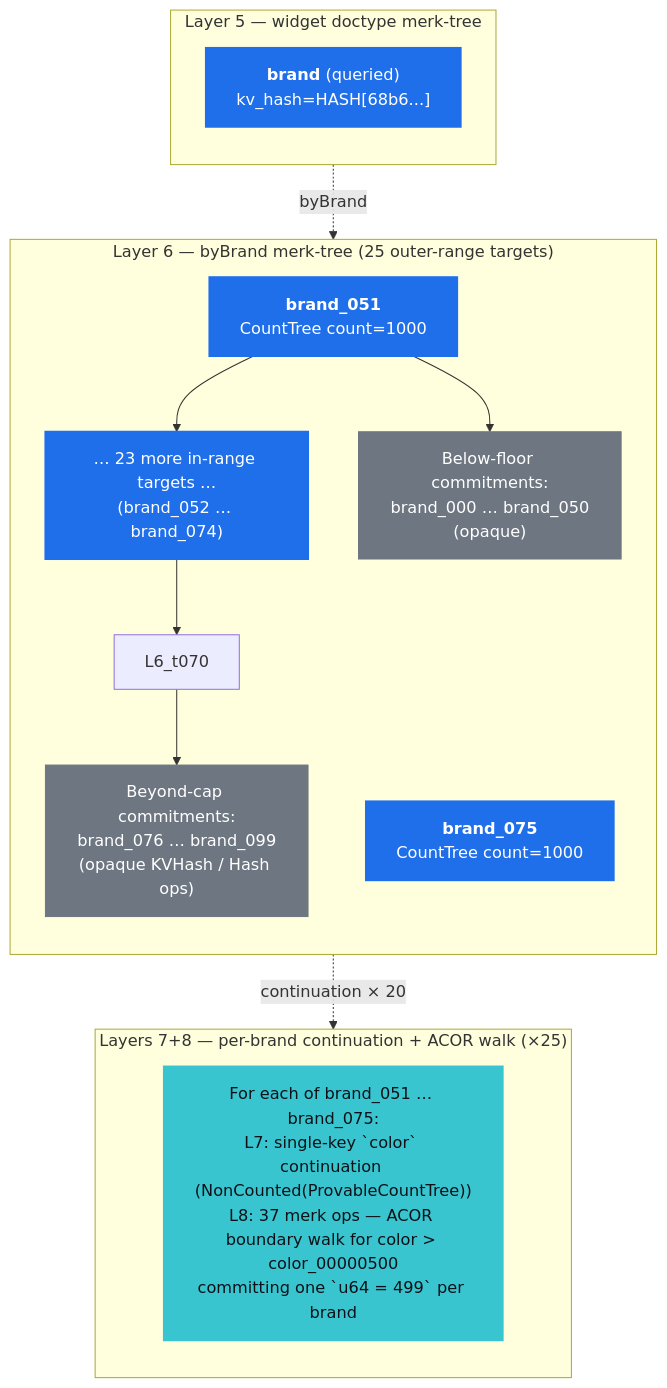
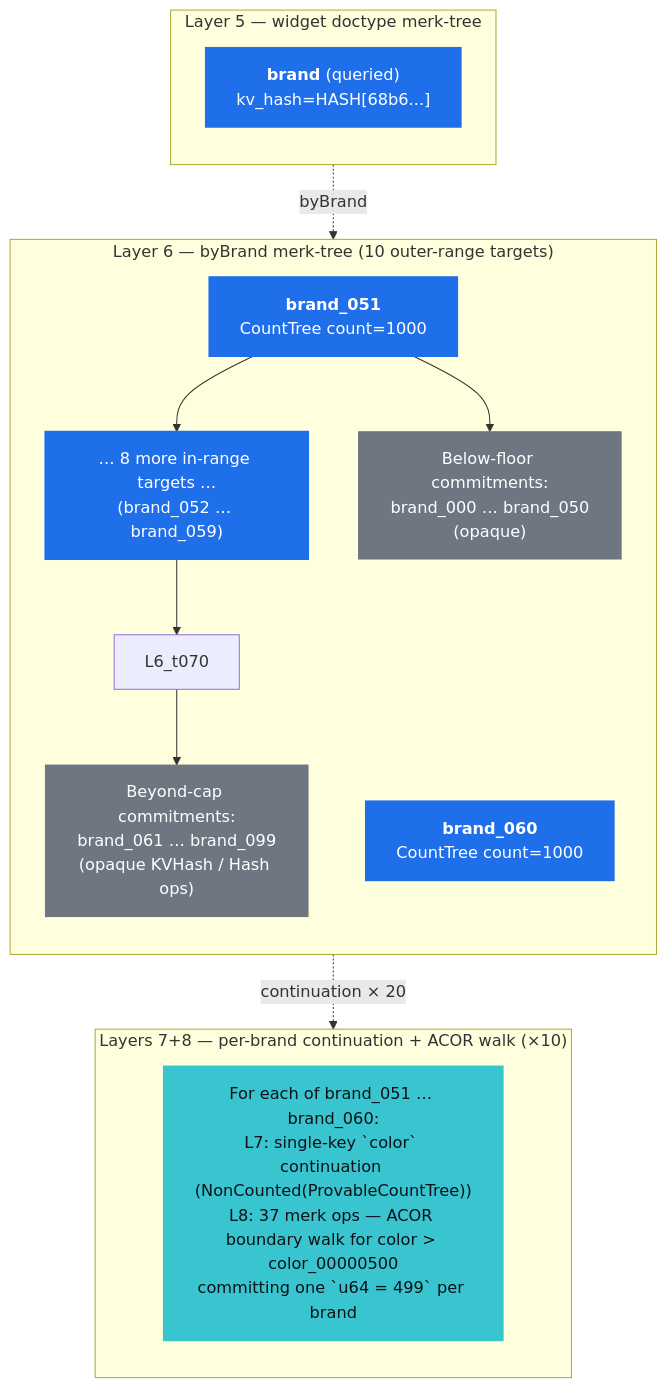
Before and after one commit to dashpay/platform: diagram 14 of 14 in book/src/drive/count-index-group-by-examples.md, drawn with Mermaid. The commit also changed other lines of this file and 4 other files, not shown here.

````diff
--- a/book/src/drive/count-index-group-by-examples.md
+++ b/book/src/drive/count-index-group-by-examples.md
@@ -1314,33 +1324,33 @@
 ```mermaid
 flowchart TB
   subgraph L5["Layer 5 — widget doctype merk-tree"]
     direction TB
     L5_q["<b>brand</b> (queried)<br/>kv_hash=HASH[68b6...]"]:::queried
   end
 
-  subgraph L6["Layer 6 — byBrand merk-tree (25 outer-range targets)"]
+  subgraph L6["Layer 6 — byBrand merk-tree (10 outer-range targets)"]
     direction TB
     L6_t051["<b>brand_051</b><br/>CountTree count=1000"]:::queried
-    L6_tmid["… 23 more in-range targets …<br/>(brand_052 … brand_074)"]:::queried
-    L6_t075["<b>brand_075</b><br/>CountTree count=1000"]:::queried
-    L6_capped["Beyond-cap commitments:<br/>brand_076 … brand_099<br/>(opaque KVHash / Hash ops)"]:::sibling
+    L6_tmid["… 8 more in-range targets …<br/>(brand_052 … brand_059)"]:::queried
+    L6_t060["<b>brand_060</b><br/>CountTree count=1000"]:::queried
+    L6_capped["Beyond-cap commitments:<br/>brand_061 … brand_099<br/>(opaque KVHash / Hash ops)"]:::sibling
     L6_floor["Below-floor commitments:<br/>brand_000 … brand_050<br/>(opaque)"]:::sibling
 
     L6_t051 --> L6_tmid
     L6_tmid --> L6_t070
     L6_t070 --> L6_capped
     L6_t051 --> L6_floor
   end
 
-  subgraph L7L8["Layers 7+8 — per-brand continuation + ACOR walk (×25)"]
+  subgraph L7L8["Layers 7+8 — per-brand continuation + ACOR walk (×10)"]
     direction TB
-    L7L8_each["For each of brand_051 … brand_075:<br/>L7: single-key `color` continuation (NonCounted(ProvableCountTree))<br/>L8: 37 merk ops — ACOR boundary walk for color > color_00000500<br/>committing one `u64 = 499` per brand"]:::target
+    L7L8_each["For each of brand_051 … brand_060:<br/>L7: single-key `color` continuation (NonCounted(ProvableCountTree))<br/>L8: 37 merk ops — ACOR boundary walk for color > color_00000500<br/>committing one `u64 = 499` per brand"]:::target
   end
 
   L5_q -. "byBrand" .-> L6_t051
   L6_t051 -. "continuation × 20" .-> L7L8_each
 
   classDef queried fill:#1f6feb,color:#fff,stroke:#1f6feb,stroke-width:2px;
   classDef sibling fill:#6e7681,color:#fff,stroke:#6e7681;
   classDef target fill:#39c5cf,color:#0d1117,stroke:#39c5cf,stroke-width:3px;
 ```
````
